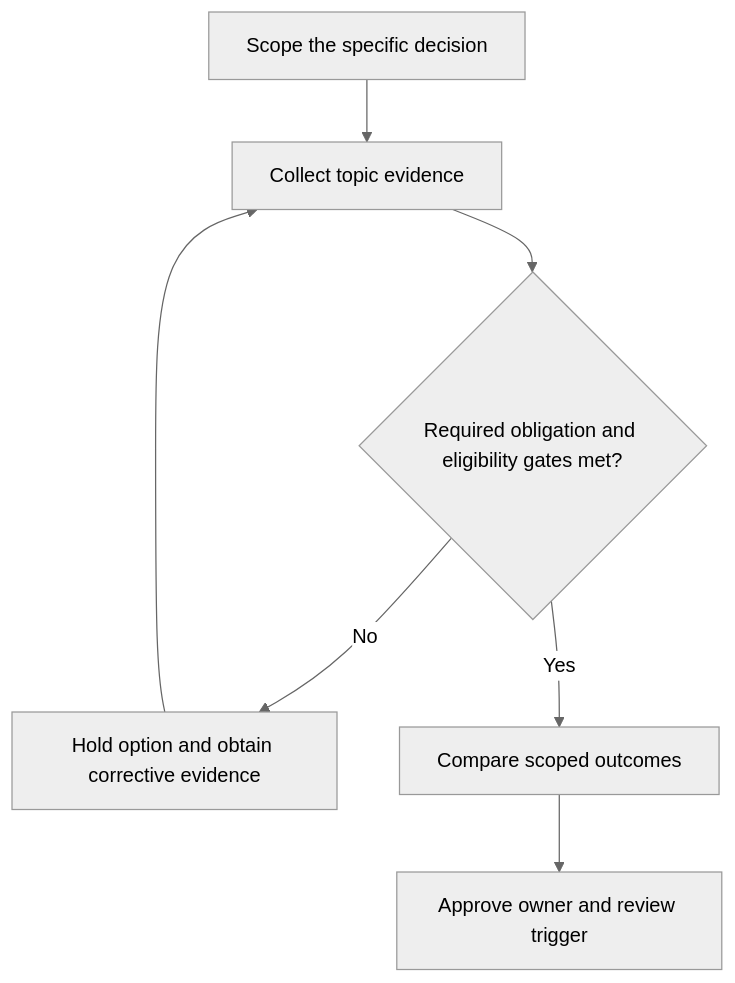
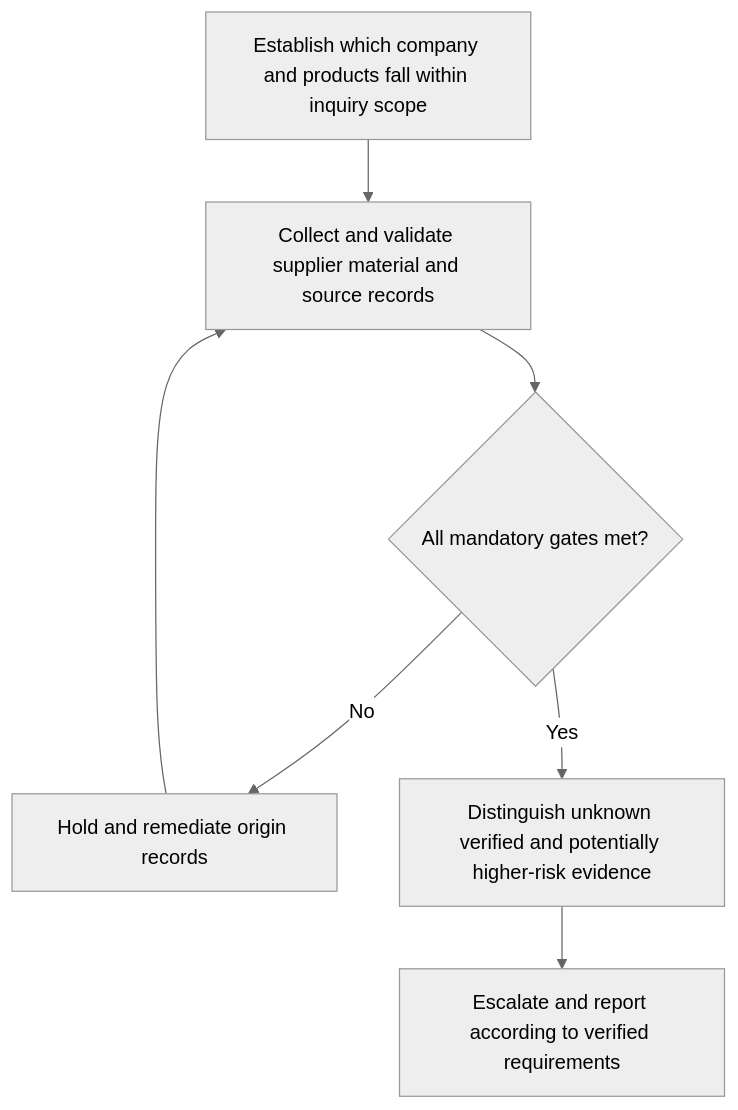
Before and after one commit to theleanx/SupplyChain-Design-Notes: the diagram in 08-optimization-sustainability-technology/section-b-sustainability/06-conflict-minerals-and-responsible-material-due-diligence.md, drawn with Mermaid (neutral theme). The commit also changed other lines of this file and 11 other files, not shown here.

````diff
--- a/08-optimization-sustainability-technology/section-b-sustainability/06-conflict-minerals-and-responsible-material-due-diligence.md
+++ b/08-optimization-sustainability-technology/section-b-sustainability/06-conflict-minerals-and-responsible-material-due-diligence.md
@@ -45,9 +45,9 @@
 ```mermaid
 flowchart TD
-    A[Scope the specific decision] --> B[Collect topic evidence]
-    B --> C{Required obligation and eligibility gates met?}
-    C -- No --> D[Hold option and obtain corrective evidence]
+    A[Establish which company and products fall within inquiry scope] --> B[Collect and validate supplier material and source records]
+    B --> C{All mandatory gates met?}
+    C -- No --> D[Hold and remediate origin records]
     D --> B
-    C -- Yes --> E[Compare scoped outcomes]
-    E --> F[Approve owner and review trigger]
+    C -- Yes --> E[Distinguish unknown verified and potentially higher-risk evidence]
+    E --> F[Escalate and report according to verified requirements]
 ```
````
